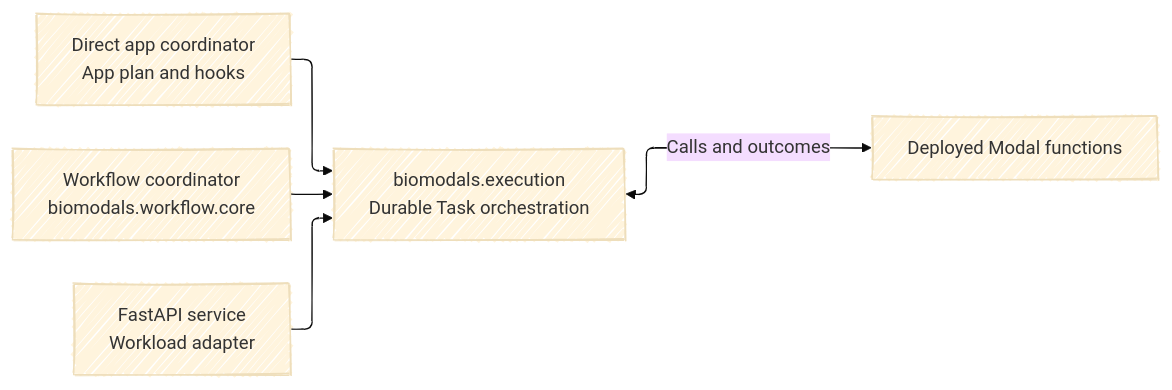
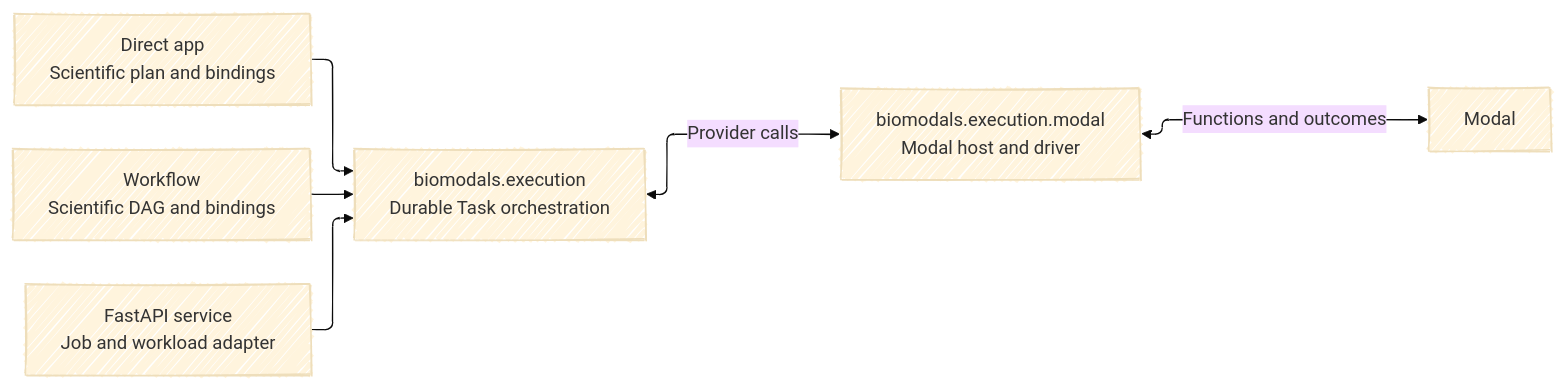
One commit to y1zhou/biomodals changed the first of 2 diagrams in README.md. Above: the diagram before and after it, drawn with Mermaid. The commit also changed other lines of this file and 7 other files, not shown here.

````diff
--- a/README.md
+++ b/README.md
@@ -31,19 +31,20 @@
 ```mermaid
 ---
 config:
   theme: base
   layout: elk
   look: handDrawn
   elk:
     mergeEdges: false
     nodePlacementStrategy: LINEAR_SEGMENTS
   flowchart:
     curve: rounded
 ---
 flowchart LR
-    App["Direct app coordinator<br/>App plan and hooks"] --> Kernel
-    Workflow["Workflow coordinator<br/>biomodals.workflow.core"] --> Kernel
-    Service["FastAPI service<br/>Workload adapter"] --> Kernel
+    App["Direct app<br/>Scientific plan and bindings"] --> Kernel
+    Workflow["Workflow<br/>Scientific DAG and bindings"] --> Kernel
+    Service["FastAPI service<br/>Job and workload adapter"] --> Kernel
     Kernel["biomodals.execution<br/>Durable Task orchestration"]
-    Kernel <-->|"Calls and outcomes"| Modal["Deployed Modal functions"]
+    Kernel <-->|"Provider calls"| ModalHost["biomodals.execution.modal<br/>Modal host and driver"]
+    ModalHost <-->|"Functions and outcomes"| Modal["Modal"]
 ```
````
